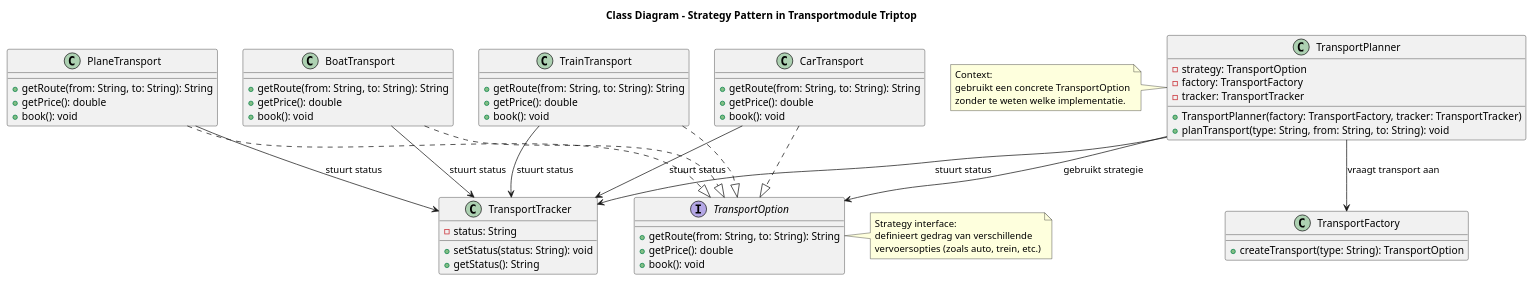
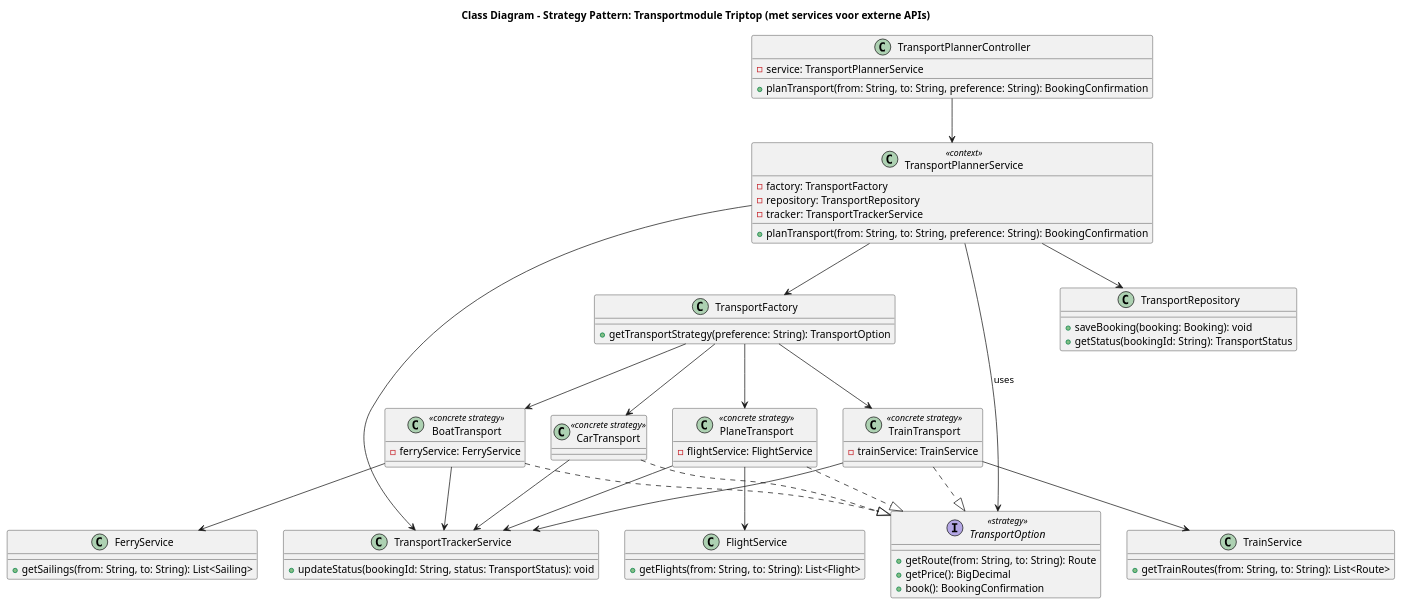
Before and after one commit to AIM-ENE-feb25/triptop-sqr-tech: the diagram in W3/Diagrammen/ClassD/RickClassDiagram.puml, drawn with PlantUML. The commit also changed 1 other file, not shown here.

Commit message:
sequence diagram

```diff
--- a/W3/Diagrammen/ClassD/RickClassDiagram.puml
+++ b/W3/Diagrammen/ClassD/RickClassDiagram.puml
@@ -1,86 +1,95 @@
 @startuml
-title Class Diagram – Strategy Pattern in Transportmodule Triptop
+title Class Diagram – Strategy Pattern: Transportmodule Triptop (met services voor externe APIs)
 
-' ===== Strategy Interface =====
-interface TransportOption {
-    +getRoute(from: String, to: String): String
-    +getPrice(): double
-    +book(): void
+' <<strategy>> interface
+interface TransportOption <<strategy>> {
+  +getRoute(from: String, to: String): Route
+  +getPrice(): BigDecimal
+  +book(): BookingConfirmation
 }
 
-note right of TransportOption
-  Strategy interface:
-  definieert gedrag van verschillende
-  vervoersopties (zoals auto, trein, etc.)
-end note
-
-' ===== Concrete Strategieën =====
-class CarTransport {
-    +getRoute(from: String, to: String): String
-    +getPrice(): double
-    +book(): void
+' <<concrete strategy>> classes
+class CarTransport <<concrete strategy>> {
 }
-
-class TrainTransport {
-    +getRoute(from: String, to: String): String
-    +getPrice(): double
-    +book(): void
+class TrainTransport <<concrete strategy>> {
+  -trainService: TrainService
 }
-
-class BoatTransport {
-    +getRoute(from: String, to: String): String
-    +getPrice(): double
-    +book(): void
+class BoatTransport <<concrete strategy>> {
+  -ferryService: FerryService
 }
-
-class PlaneTransport {
-    +getRoute(from: String, to: String): String
-    +getPrice(): double
-    +book(): void
+class PlaneTransport <<concrete strategy>> {
+  -flightService: FlightService
 }
 
 CarTransport ..|> TransportOption
 TrainTransport ..|> TransportOption
 BoatTransport ..|> TransportOption
 PlaneTransport ..|> TransportOption
 
-' ===== Context (Planner) =====
-class TransportPlanner {
-    -strategy: TransportOption
-    -factory: TransportFactory
-    -tracker: TransportTracker
-
-    +TransportPlanner(factory: TransportFactory, tracker: TransportTracker)
-    +planTransport(type: String, from: String, to: String): void
+' <<context>> class
+class TransportPlannerService <<context>> {
+  -factory: TransportFactory
+  -repository: TransportRepository
+  -tracker: TransportTrackerService
+  +planTransport(from: String, to: String, preference: String): BookingConfirmation
 }
 
-note left of TransportPlanner
-  Context:
-  gebruikt een concrete TransportOption
-  zonder te weten welke implementatie.
-end note
+TransportPlannerService --> TransportOption : uses
+TransportPlannerService --> TransportFactory
+TransportPlannerService --> TransportRepository
+TransportPlannerService --> TransportTrackerService
 
-' ===== Factory (voor strategiekeuze) =====
+' Factory to choose strategy
 class TransportFactory {
-    +createTransport(type: String): TransportOption
+  +getTransportStrategy(preference: String): TransportOption
 }
 
-' ===== Tracker (voor status) =====
-class TransportTracker {
-    -status: String
+TransportFactory --> CarTransport
+TransportFactory --> TrainTransport
+TransportFactory --> BoatTransport
+TransportFactory --> PlaneTransport
 
-    +setStatus(status: String): void
-    +getStatus(): String
+' Controller
+class TransportPlannerController {
+  -service: TransportPlannerService
+  +planTransport(from: String, to: String, preference: String): BookingConfirmation
 }
 
-' ===== Relaties =====
-TransportPlanner --> TransportOption : gebruikt strategie
-TransportPlanner --> TransportFactory : vraagt transport aan
-TransportPlanner --> TransportTracker : stuurt status
+TransportPlannerController --> TransportPlannerService
 
-CarTransport --> TransportTracker : stuurt status
-TrainTransport --> TransportTracker : stuurt status
-BoatTransport --> TransportTracker : stuurt status
-PlaneTransport --> TransportTracker : stuurt status
+' Repository
+class TransportRepository {
+  +saveBooking(booking: Booking): void
+  +getStatus(bookingId: String): TransportStatus
+}
+
+' Tracker
+class TransportTrackerService {
+  +updateStatus(bookingId: String, status: TransportStatus): void
+}
+
+' Services die met externe APIs praten
+class TrainService {
+  +getTrainRoutes(from: String, to: String): List<Route>
+}
+
+class FlightService {
+  +getFlights(from: String, to: String): List<Flight>
+}
+
+class FerryService {
+  +getSailings(from: String, to: String): List<Sailing>
+}
+
+' Relaties strategieën naar services
+TrainTransport --> TrainService
+PlaneTransport --> FlightService
+BoatTransport --> FerryService
+
+' Relatie met tracker
+CarTransport --> TransportTrackerService
+TrainTransport --> TransportTrackerService
+BoatTransport --> TransportTrackerService
+PlaneTransport --> TransportTrackerService
 
 @enduml
```
